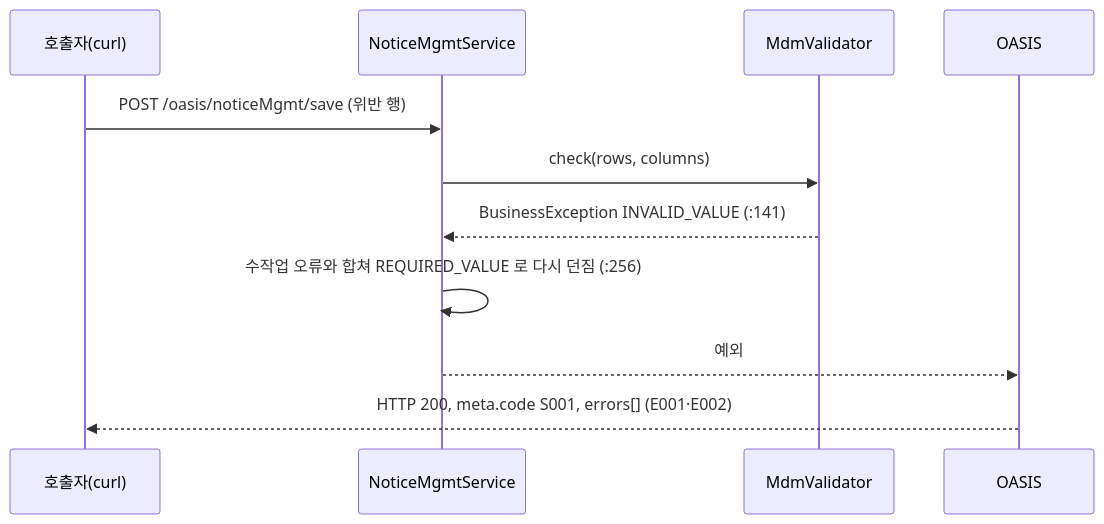
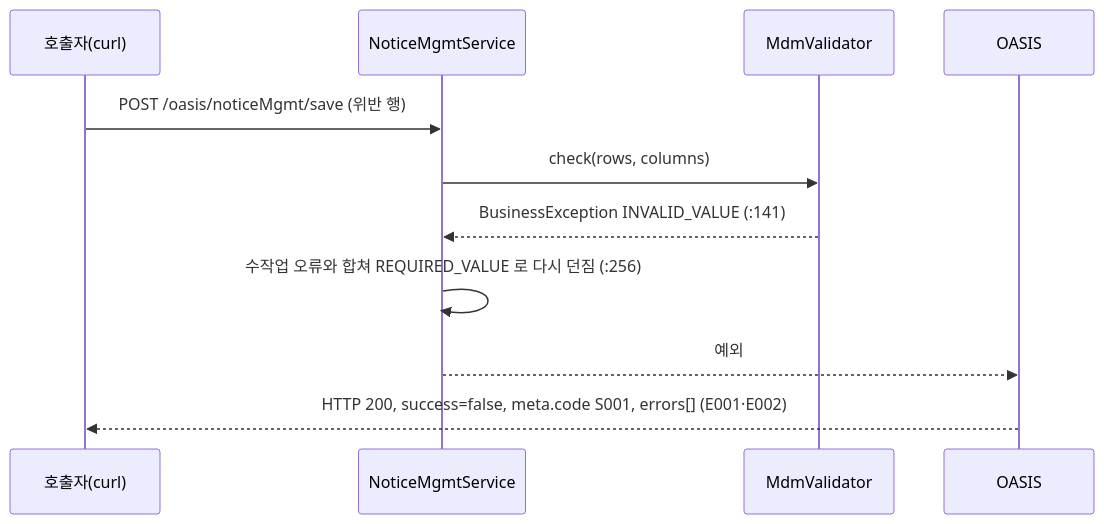
Before and after one commit to jongik-sv/dmes-standard: the fourth of 12 diagrams in docs/reports/rule-engine-verify-profile-2026-10-05.md, drawn with Mermaid. The commit also changed other lines of this file, not shown here.

````diff
--- a/docs/reports/rule-engine-verify-profile-2026-10-05.md
+++ b/docs/reports/rule-engine-verify-profile-2026-10-05.md
@@ -179,13 +179,13 @@
 ```mermaid
 sequenceDiagram
   participant C as 호출자(curl)
   participant N as NoticeMgmtService
   participant V as MdmValidator
   participant O as OASIS
   C->>N: POST /oasis/noticeMgmt/save (위반 행)
   N->>V: check(rows, columns)
   V-->>N: BusinessException INVALID_VALUE (:141)
   N->>N: 수작업 오류와 합쳐 REQUIRED_VALUE 로 다시 던짐 (:256)
   N-->>O: 예외
-  O-->>C: HTTP 200, meta.code S001, errors[] (E001·E002)
+  O-->>C: HTTP 200, success=false, meta.code S001, errors[] (E001·E002)
 ```
````
